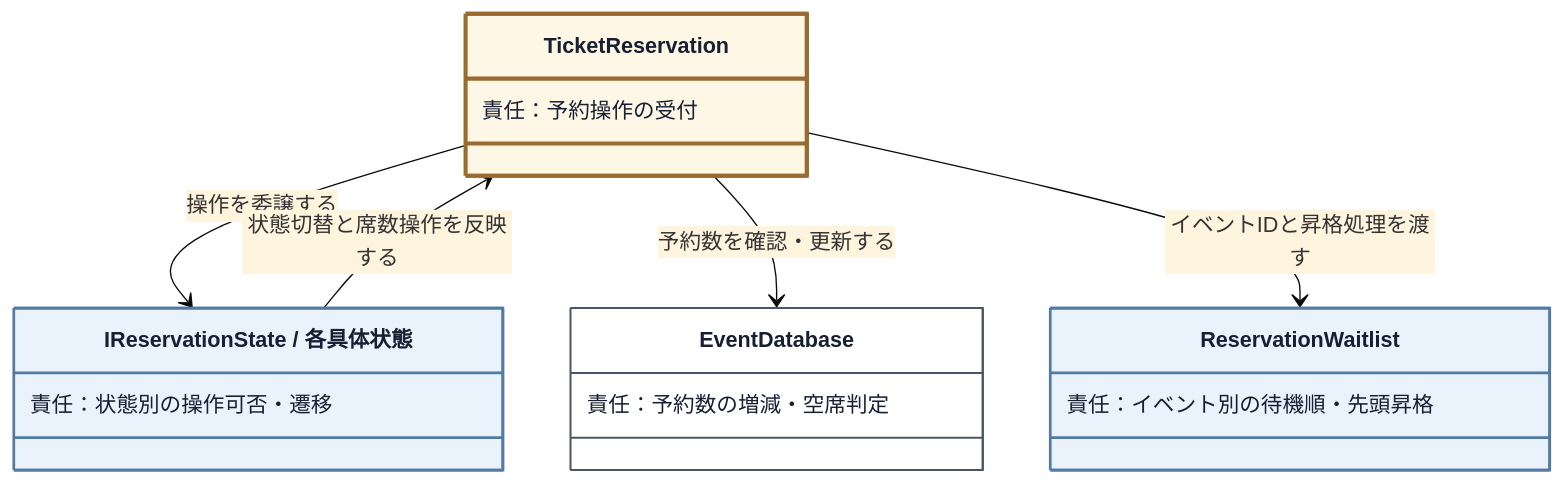
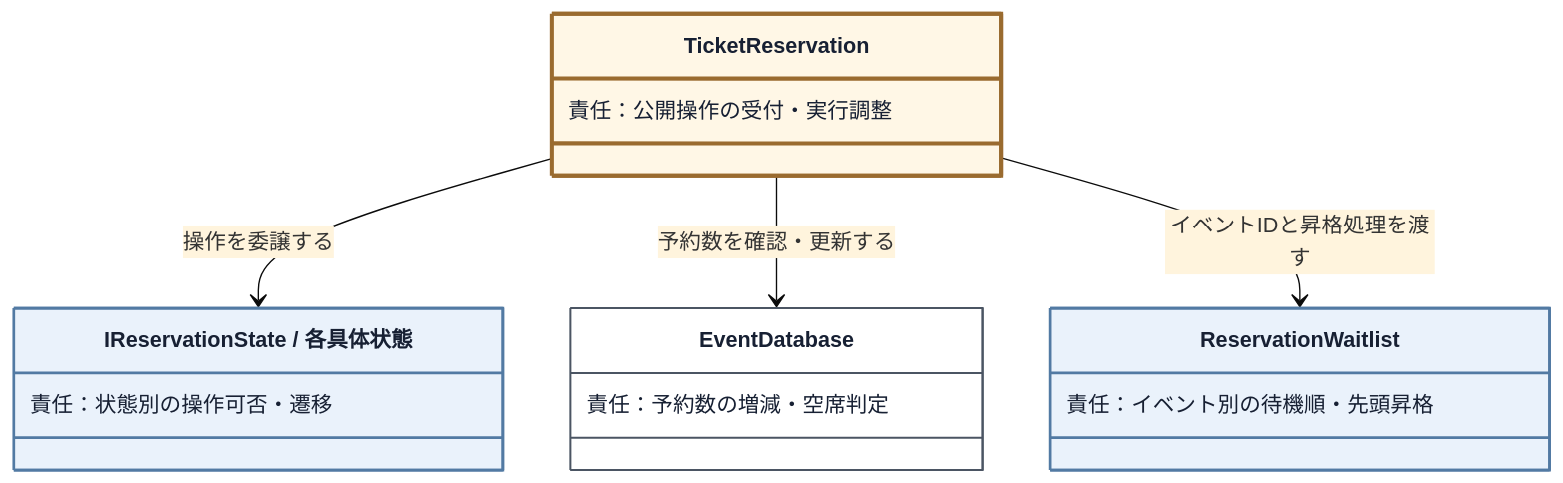
Before and after one commit to kumachan1101-pixel/DesignPattern: diagram 14 of 26 in kindle/design-patterns/books/volume01-core-patterns/output/04-chapter02.md, drawn with Mermaid (base theme). The commit also changed other lines of this file and 12 other files, not shown here.

````diff
--- a/kindle/design-patterns/books/volume01-core-patterns/output/04-chapter02.md
+++ b/kindle/design-patterns/books/volume01-core-patterns/output/04-chapter02.md
@@ -1641,24 +1624,23 @@
 ```mermaid
 classDiagram
     direction TB
     class ReservationEntry["TicketReservation"]:::current {
-        責任：予約操作の受付
+        責任：公開操作の受付・実行調整
     }
     class StatePolicy["IReservationState / 各具体状態"]:::separated {
         責任：状態別の操作可否・遷移
     }
     class WaitPolicy["ReservationWaitlist"]:::separated {
         責任：イベント別の待機順・先頭昇格
     }
     class SeatCount["EventDatabase"]:::stable {
         責任：予約数の増減・空席判定
     }
     ReservationEntry --> StatePolicy : 操作を委譲する
-    StatePolicy --> ReservationEntry : 状態切替と席数操作を反映する
     ReservationEntry --> SeatCount : 予約数を確認・更新する
     ReservationEntry --> WaitPolicy : イベントIDと昇格処理を渡す
 
     classDef stable fill:#ffffff,stroke:#4b5563,stroke-width:1.5px,color:#172033;
     classDef separated fill:#eaf2fb,stroke:#527aa3,stroke-width:2px,color:#172033;
     classDef current fill:#fff7e6,stroke:#9a6b2f,stroke-width:3px,color:#172033;
 ```
````
